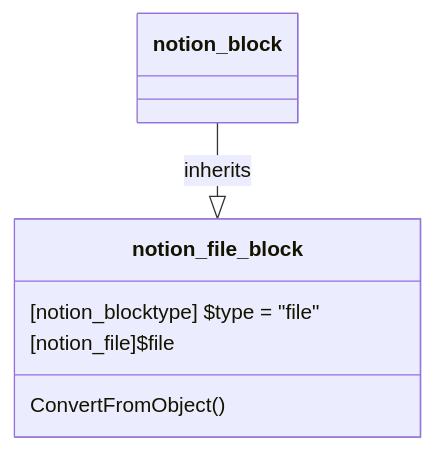
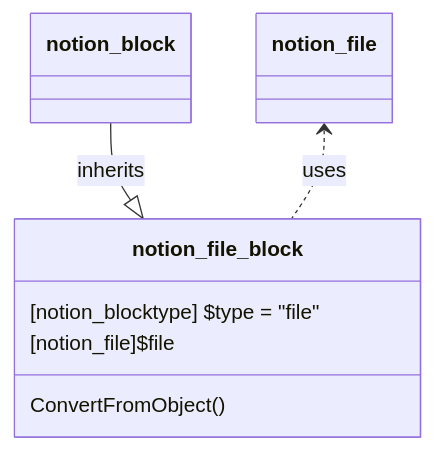
One commit to fasteiner/Notion changed the diagram in source/WikiSource/Classes/Block/23.1_File_block.md. Above: the diagram before and after it, drawn with Mermaid. The commit also changed 80 other files, not shown here.

````diff
--- a/source/WikiSource/Classes/Block/23.1_File_block.md
+++ b/source/WikiSource/Classes/Block/23.1_File_block.md
@@ -5,9 +5,10 @@
 ```mermaid
 classDiagram
     class notion_file_block {
         [notion_blocktype] $type = "file"
         [notion_file]$file
         ConvertFromObject()
     }
     `notion_block` --|> `notion_file_block`:inherits
+    `notion_file` <.. `notion_file_block`:uses
 ```
````
